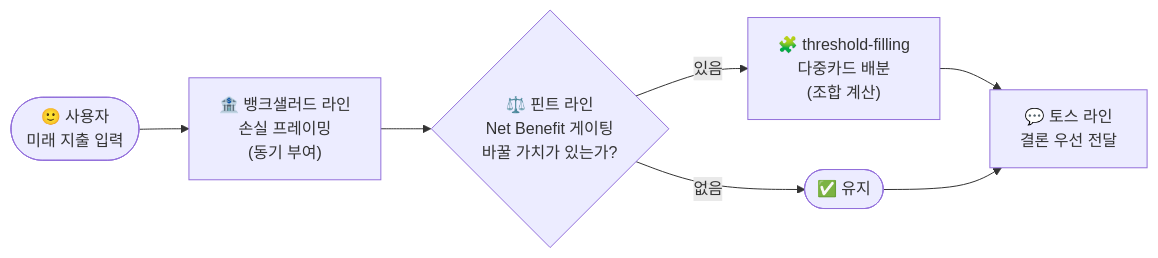
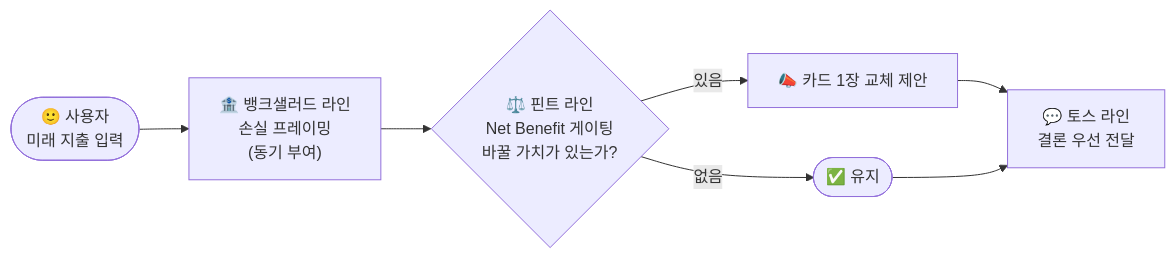
The first of 3 diagrams in 윤정/0819_메커니즘_전이_분석표.md (jennie-brain/team-project_2nd), drawn with Mermaid before and after one commit. The commit also changed other lines of this file and 1 other file, not shown here.

First line of the commit message:
Re-hold multi-card allocation (threshold-filling) alongside TMAP TMS

````diff
--- a/윤정/0819_메커니즘_전이_분석표.md
+++ b/윤정/0819_메커니즘_전이_분석표.md
@@ -10,9 +10,9 @@
 ```mermaid
 flowchart LR
     U(["🙂 사용자<br/>미래 지출 입력"]) --> B["🏦 뱅크샐러드 라인<br/>손실 프레이밍<br/>(동기 부여)"]
     B --> P{"⚖️ 핀트 라인<br/>Net Benefit 게이팅<br/>바꿀 가치가 있는가?"}
-    P -- "있음" --> T["🧩 threshold-filling<br/>다중카드 배분<br/>(조합 계산)"]
+    P -- "있음" --> T["📣 카드 1장 교체 제안"]
     P -- "없음" --> K(["✅ 유지"])
     T --> D["💬 토스 라인<br/>결론 우선 전달"]
     K --> D
 ```
````
